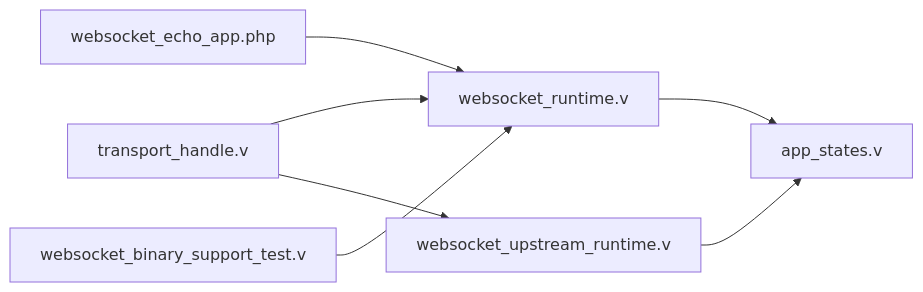
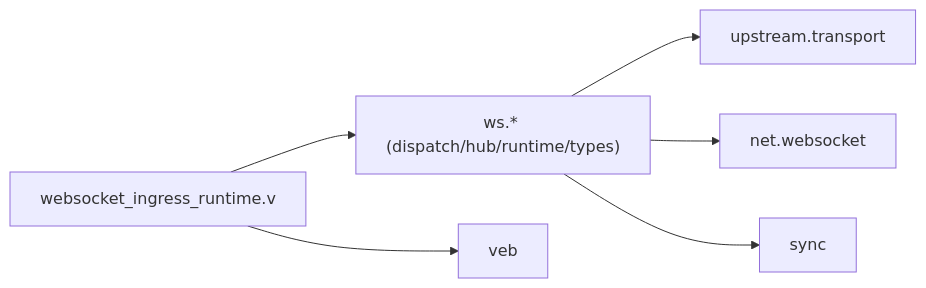
Before and after one commit to guweigang/vhttpd: the eighth of 8 diagrams in .qoder/repowiki/zh/content/API 参考/WebSocket API.md, drawn with Mermaid. The commit also changed other lines of this file and 697 other files, not shown here.

````diff
--- a/.qoder/repowiki/zh/content/API 参考/WebSocket API.md
+++ b/.qoder/repowiki/zh/content/API 参考/WebSocket API.md
@@ -380,9 +394,8 @@
 ```mermaid
 graph LR
-TR["transport_handle.v"] --> RT["websocket_runtime.v"]
-TR --> U["websocket_upstream_runtime.v"]
-RT --> AS["app_states.v"]
-U --> AS
-EX["websocket_echo_app.php"] --> RT
-BT["websocket_binary_support_test.v"] --> RT
+Ingress["websocket_ingress_runtime.v"] --> WS["ws.* (dispatch/hub/runtime/types)"]
+WS --> Transport["upstream.transport"]
+WS --> NetWS["net.websocket"]
+WS --> Sync["sync"]
+Ingress --> Veb["veb"]
 ```
````
